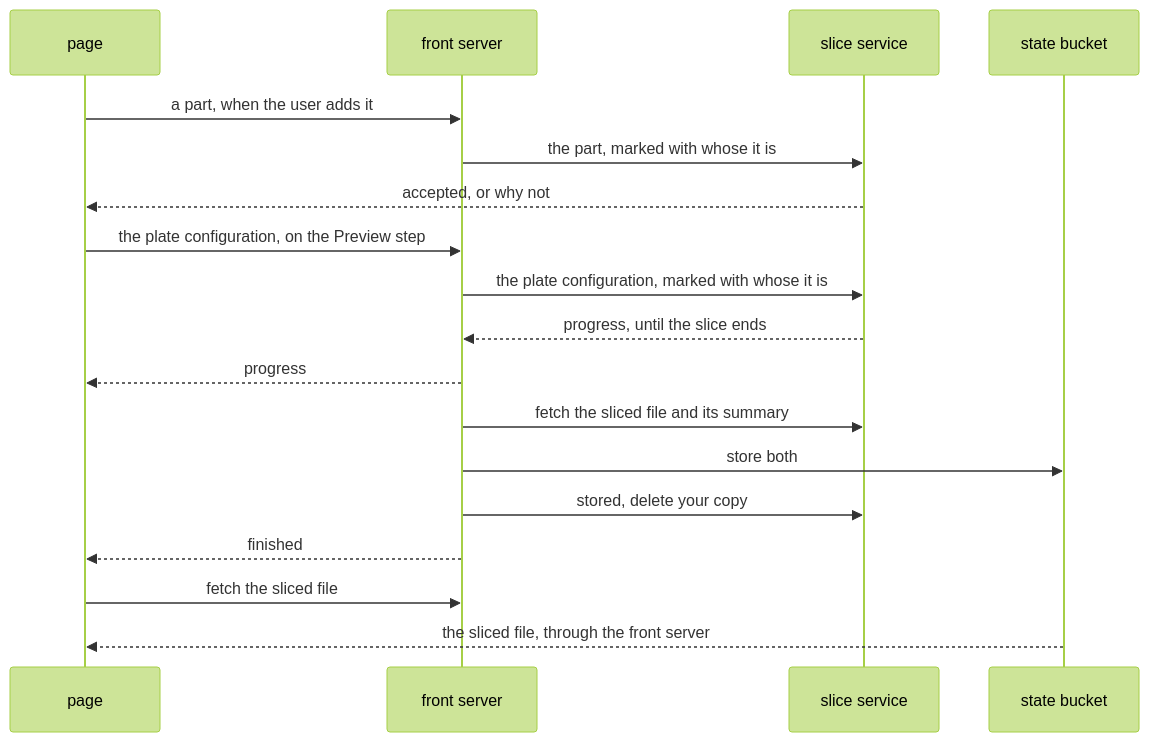
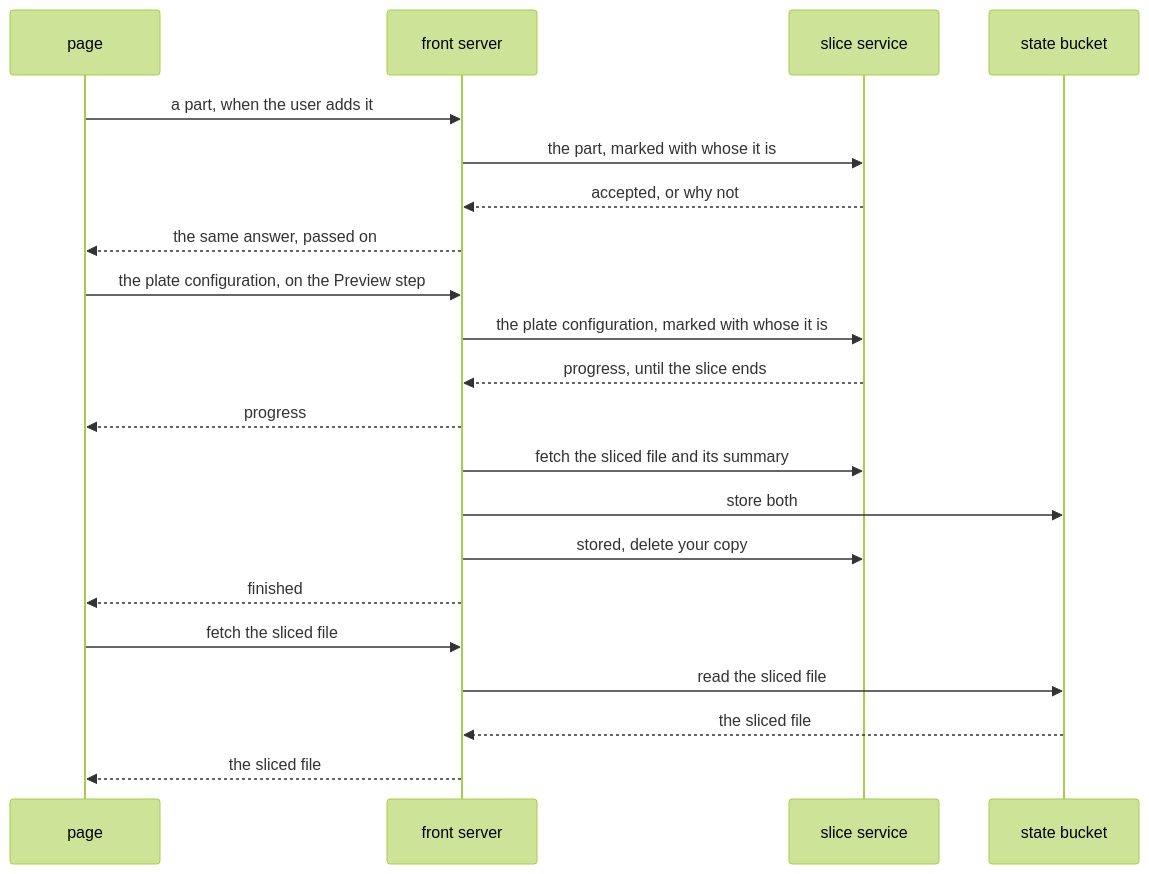
Before and after one commit to 6238/PenguinSlicer: the second of 2 diagrams in front/README.md, drawn with Mermaid (forest theme). The commit also changed other lines of this file and 7 other files, not shown here.

Commit message:
Guides for the slice service, printer delivery and the front server: reviewed, fixed and checked a second time

````diff
--- a/front/README.md
+++ b/front/README.md
@@ -332,20 +333,23 @@
 ```mermaid
 sequenceDiagram
     participant P as page
     participant F as front server
     participant S as slice service
     participant B as state bucket
     P->>F: a part, when the user adds it
     F->>S: the part, marked with whose it is
-    S-->>P: accepted, or why not
+    S-->>F: accepted, or why not
+    F-->>P: the same answer, passed on
     P->>F: the plate configuration, on the Preview step
     F->>S: the plate configuration, marked with whose it is
     S-->>F: progress, until the slice ends
     F-->>P: progress
     F->>S: fetch the sliced file and its summary
     F->>B: store both
     F->>S: stored, delete your copy
     F-->>P: finished
     P->>F: fetch the sliced file
-    B-->>P: the sliced file, through the front server
+    F->>B: read the sliced file
+    B-->>F: the sliced file
+    F-->>P: the sliced file
 ```
````
